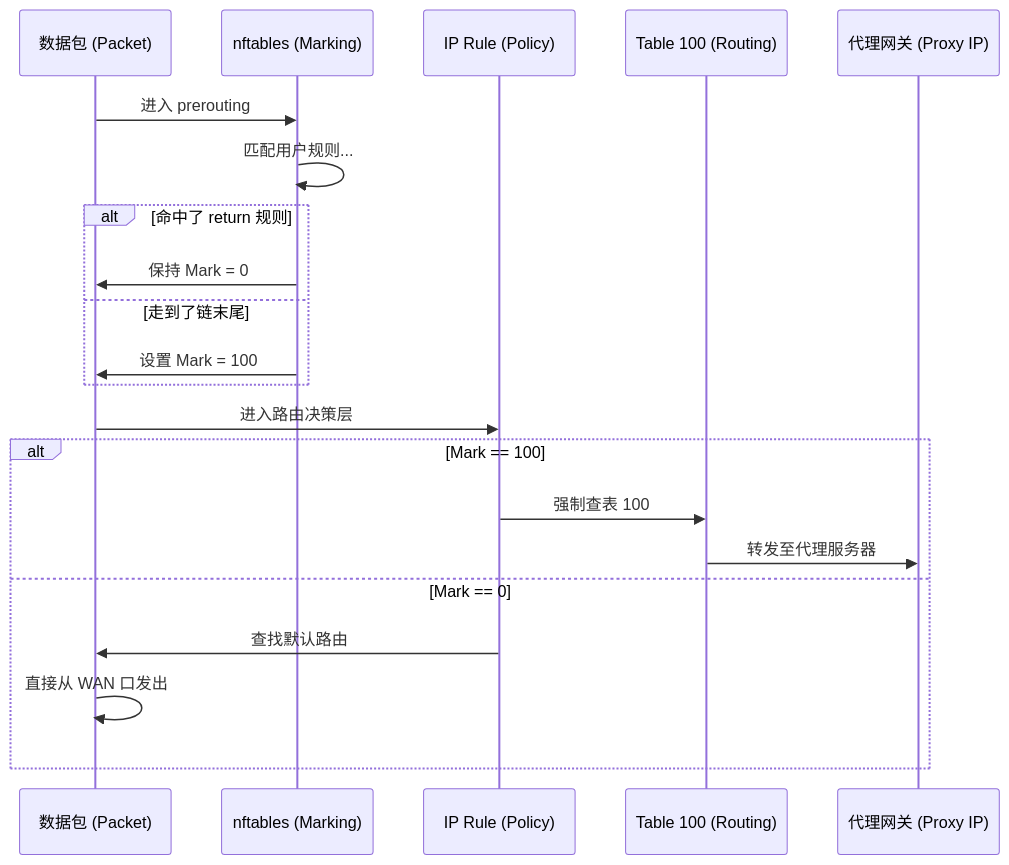
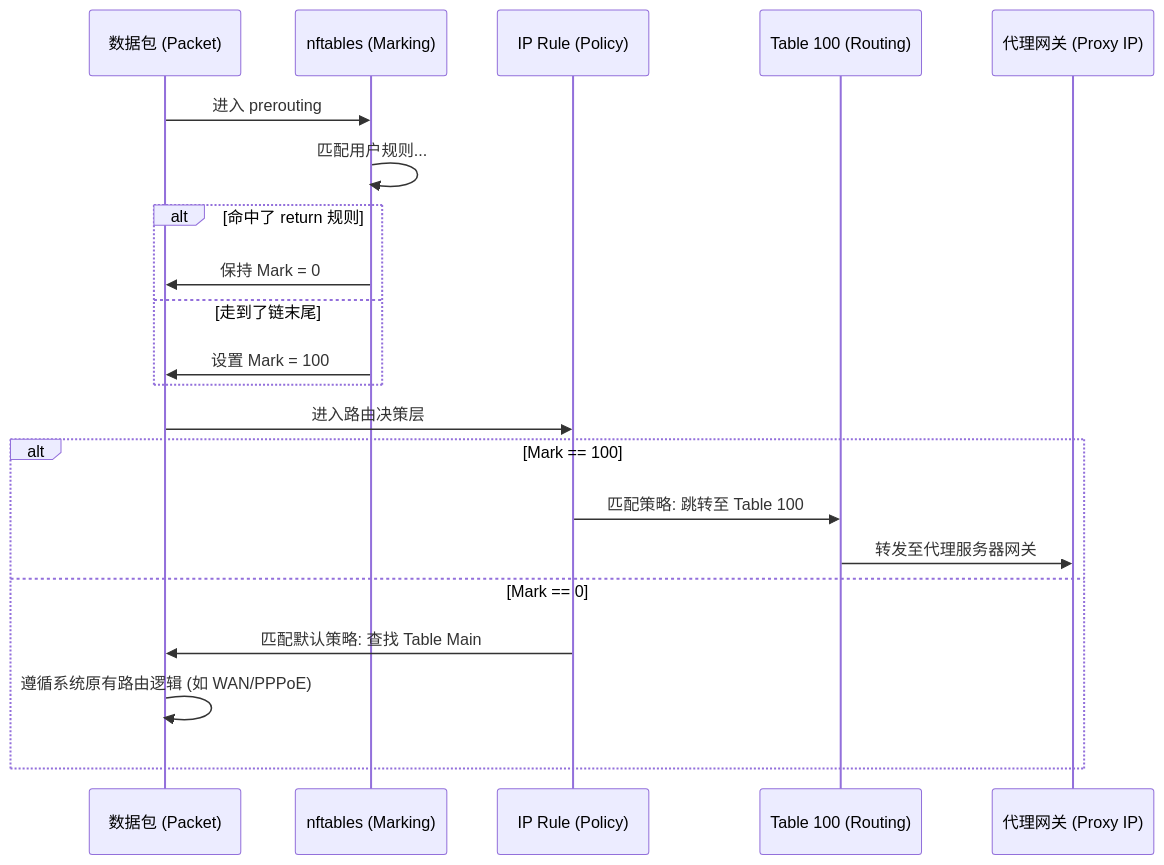
One commit to 0x5826/luci-app-flowproxy changed the second of 2 diagrams in luci-app-flowproxy/README.md. Above: the diagram before and after it, drawn with Mermaid.

Commit message:
docs: 修正策略路由流程中的描述细节，确保符合 Linux 内核行为

````diff
--- a/luci-app-flowproxy/README.md
+++ b/luci-app-flowproxy/README.md
@@ -70,25 +70,25 @@
 ```mermaid
 sequenceDiagram
     participant P as 数据包 (Packet)
     participant N as nftables (Marking)
     participant R as IP Rule (Policy)
     participant T as Table 100 (Routing)
     participant G as 代理网关 (Proxy IP)
 
     P->>N: 进入 prerouting
     N->>N: 匹配用户规则...
     alt 命中了 return 规则
         N->>P: 保持 Mark = 0
     else 走到了链末尾
         N->>P: 设置 Mark = 100
     end
     
     P->>R: 进入路由决策层
     alt Mark == 100
-        R->>T: 强制查表 100
-        T->>G: 转发至代理服务器
+        R->>T: 匹配策略: 跳转至 Table 100
+        T->>G: 转发至代理服务器网关
     else Mark == 0
-        R->>P: 查找默认路由
-        P->>P: 直接从 WAN 口发出
+        R->>P: 匹配默认策略: 查找 Table Main
+        P->>P: 遵循系统原有路由逻辑 (如 WAN/PPPoE)
     end
 ```
````
